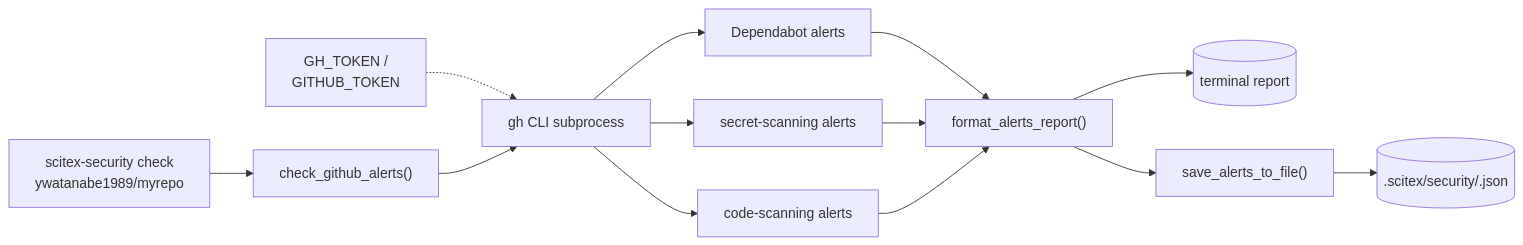
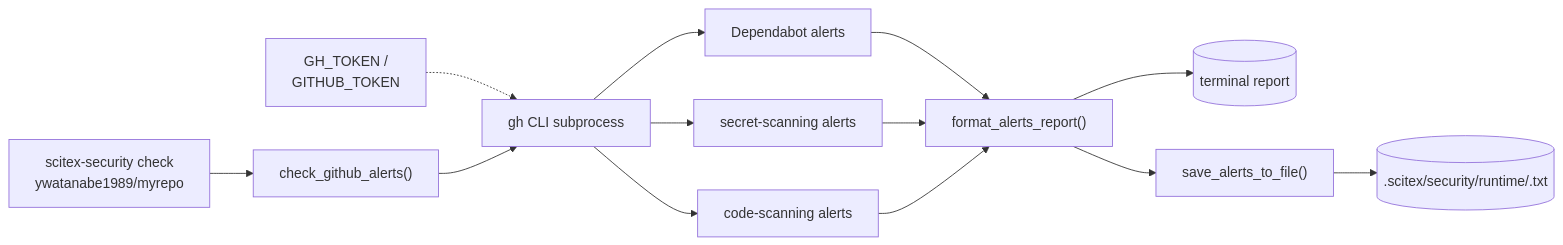
Before and after one commit to scitex-ai/scitex-security: the diagram in README.md, drawn with Mermaid. The commit also changed other lines of this file and 5 other files, not shown here.

First line of the commit message:
docs(readme,cli): update path references to security/runtime/

````diff
--- a/README.md
+++ b/README.md
@@ -97,15 +97,15 @@
 ```mermaid
 flowchart LR
     user["scitex-security check\nywatanabe1989/myrepo"] --> api["check_github_alerts()"]
     env["GH_TOKEN /\nGITHUB_TOKEN"] -.-> gh["gh CLI subprocess"]
     api --> gh
     gh --> dep["Dependabot alerts"]
     gh --> sec["secret-scanning alerts"]
     gh --> code["code-scanning alerts"]
     dep --> report["format_alerts_report()"]
     sec --> report
     code --> report
     report --> stdout[("terminal report")]
     report --> save["save_alerts_to_file()"]
-    save --> json[(".scitex/security/<ts>.json")]
+    save --> json[(".scitex/security/runtime/<ts>.txt")]
 ```
````
